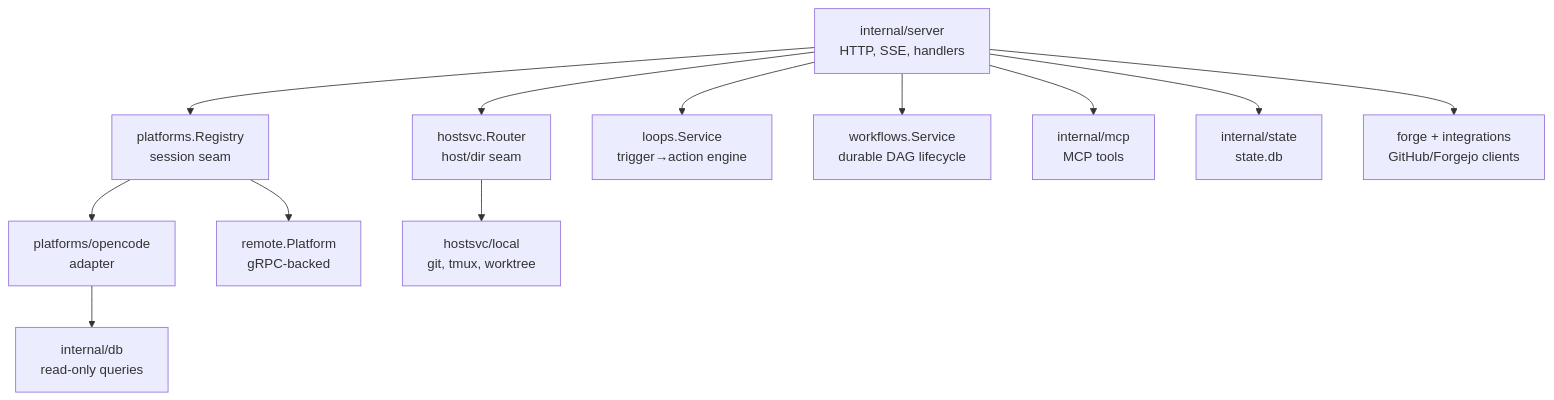
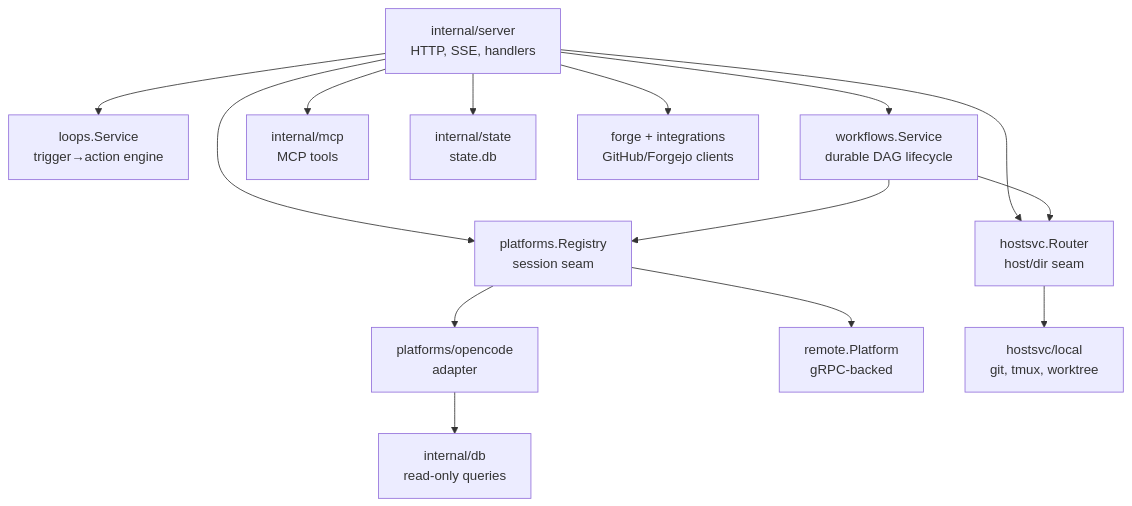
One commit to ocman/ocman changed the second of 4 diagrams in docs/architecture.md. Above: the diagram before and after it, drawn with Mermaid. The commit also changed other lines of this file and 16 other files, not shown here.

````diff
--- a/docs/architecture.md
+++ b/docs/architecture.md
@@ -41,14 +41,16 @@
 ```mermaid
 flowchart TD
     Server[internal/server<br/>HTTP, SSE, handlers] --> Registry[platforms.Registry<br/>session seam]
     Server --> Router[hostsvc.Router<br/>host/dir seam]
     Server --> Loops[loops.Service<br/>trigger→action engine]
     Server --> Workflows[workflows.Service<br/>durable DAG lifecycle]
+    Workflows --> Registry
+    Workflows --> Router
     Server --> MCP[internal/mcp<br/>MCP tools]
     Registry --> OC[platforms/opencode<br/>adapter]
     Registry --> RP[remote.Platform<br/>gRPC-backed]
     OC --> DB[internal/db<br/>read-only queries]
     Router --> Local[hostsvc/local<br/>git, tmux, worktree]
     Server --> State[internal/state<br/>state.db]
     Server --> Forge[forge + integrations<br/>GitHub/Forgejo clients]
 ```
````
